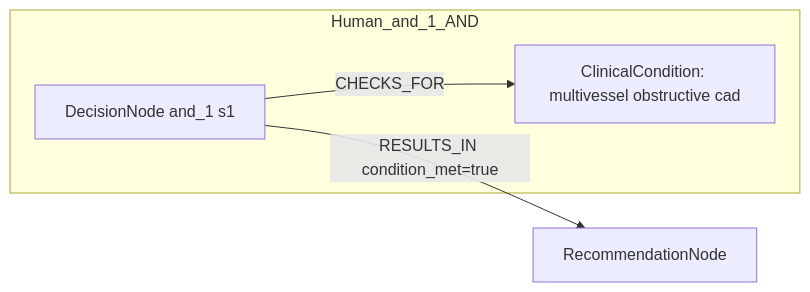
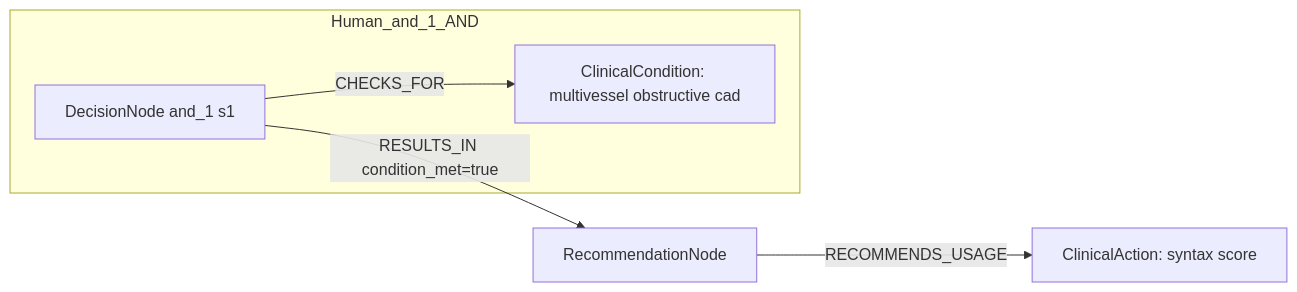
The first of 2 diagrams in docs/table22_rows_comparison/row_15.md (dieterich-lab/CardioGuidelinesGraph), drawn with Mermaid before and after one commit. The commit also changed other lines of this file and 21 other files, not shown here.

Commit message:
Fix rowwise Mermaid side handling for human annotations

````diff
--- a/docs/table22_rows_comparison/row_15.md
+++ b/docs/table22_rows_comparison/row_15.md
@@ -101,10 +74,12 @@
 ```mermaid
 graph LR
   REC[RecommendationNode]
+  ACT1[ClinicalAction: syntax score]
+  REC -->|RECOMMENDS_USAGE| ACT1
   subgraph Human_and_1_AND
     D_and_1_1[DecisionNode and_1 s1]
     C_and_1_1[ClinicalCondition: multivessel obstructive cad]
     D_and_1_1 -->|CHECKS_FOR| C_and_1_1
   end
   D_and_1_1 -->|RESULTS_IN condition_met=true| REC
 ```
````
